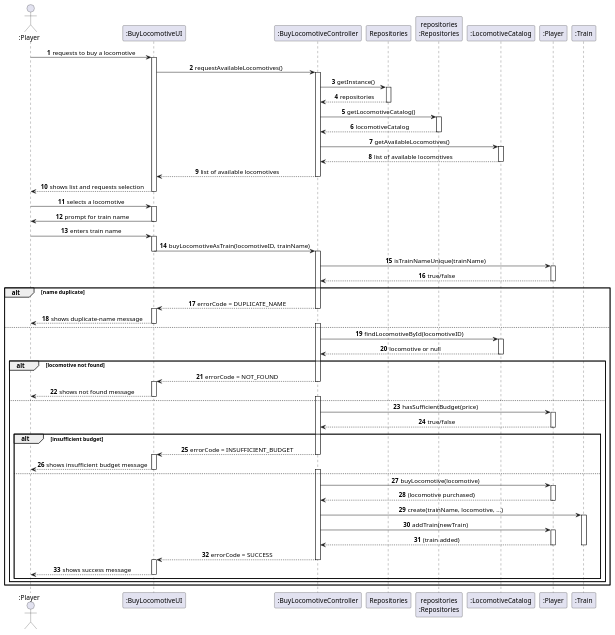
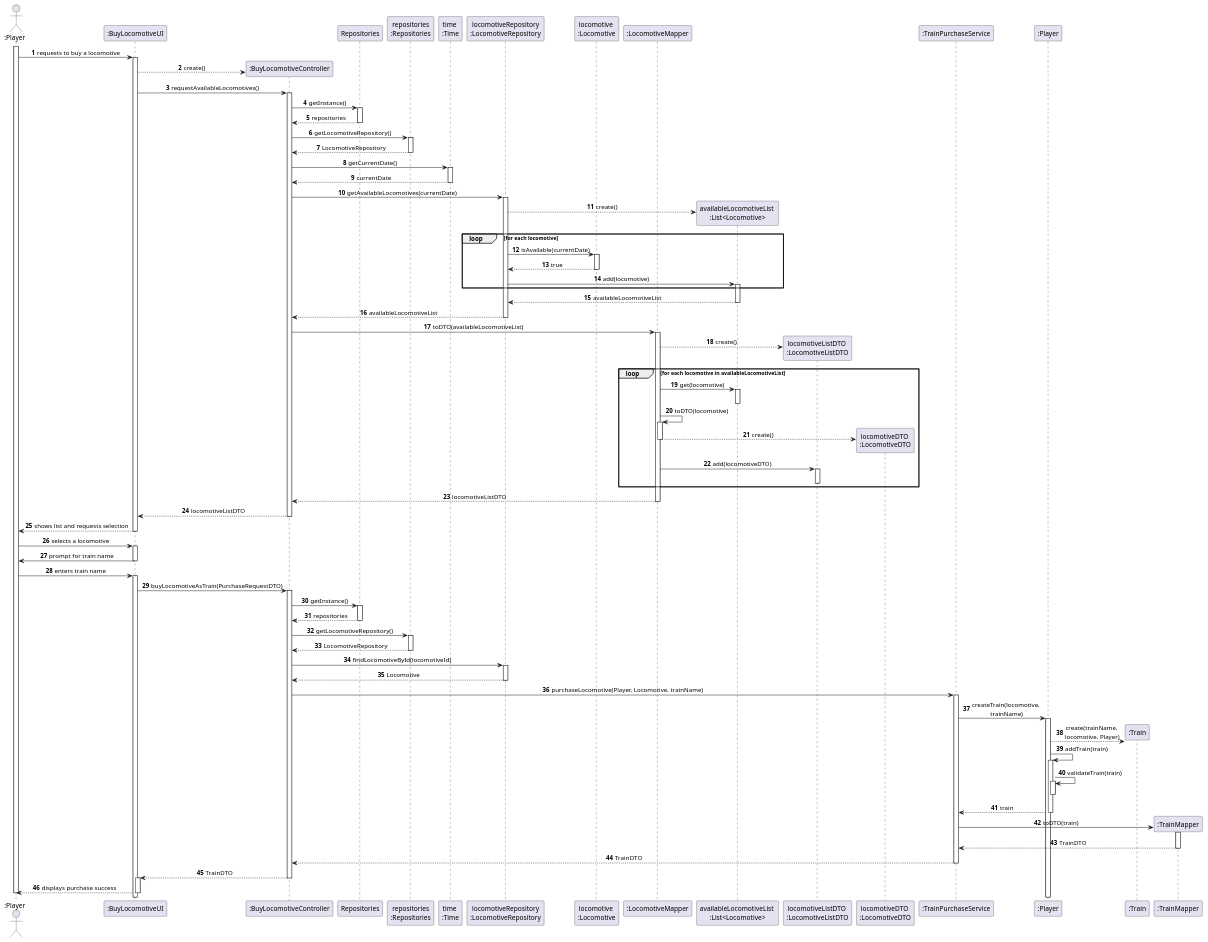
One commit to 1240826/empire-on-tracks changed the diagram in docs/system-documentation/US009/03.design/puml/US009-SD-full.puml. Above: the diagram before and after it, drawn with PlantUML. The commit also changed 3 other files, not shown here.

```diff
--- a/docs/system-documentation/US009/03.design/puml/US009-SD-full.puml
+++ b/docs/system-documentation/US009/03.design/puml/US009-SD-full.puml
@@ -1,118 +1,154 @@
 @startuml
 'skinparam monochrome true
 skinparam packageStyle rectangle
 skinparam shadowing false
 skinparam sequenceMessageAlign center
 
 autonumber
 
-actor ":Player" as Player
+actor ":Player" as PlayerActor
 participant ":BuyLocomotiveUI" as UI
 participant ":BuyLocomotiveController" as Controller
 participant "Repositories" as REPOS
 participant "repositories\n:Repositories" as REPOS_SINGLETON
-participant ":LocomotiveCatalog" as Catalog
-participant ":Player" as PlayerObject
-participant ":Train" as Train
+participant "time \n:Time" as Time
+participant "locomotiveRepository\n:LocomotiveRepository" as LOCO_REPO
+participant "locomotive \n:Locomotive" as Locomotive
+participant ":LocomotiveMapper" as LocoMapper
+participant "availableLocomotiveList \n:List<Locomotive>" as LocoList
+participant "locomotiveListDTO \n:LocomotiveListDTO" as LocoListDTO
+participant "locomotiveDTO \n:LocomotiveDTO" as LocoDTO
+participant ":TrainPurchaseService" as PurchaseService
+participant ":Player" as PlayerDomain
 
-Player -> UI : requests to buy a locomotive
+activate PlayerActor
+    PlayerActor -> UI : requests to buy a locomotive
+    activate UI
+
+        UI --> Controller** : create()
+
+        UI -> Controller : requestAvailableLocomotives()
+        activate Controller
+
+            Controller -> REPOS : getInstance()
+            activate REPOS
+                REPOS --> Controller : repositories
+            deactivate REPOS
+
+            Controller -> REPOS_SINGLETON : getLocomotiveRepository()
+            activate REPOS_SINGLETON
+                REPOS_SINGLETON --> Controller : LocomotiveRepository
+            deactivate REPOS_SINGLETON
+
+            Controller -> Time : getCurrentDate()
+            activate Time
+            Time --> Controller : currentDate
+            deactivate Time
+
+            Controller -> LOCO_REPO : getAvailableLocomotives(currentDate)
+            activate LOCO_REPO
+                LOCO_REPO --> LocoList ** : create()
+                 loop for each locomotive
+                        LOCO_REPO -> Locomotive : isAvailable(currentDate)
+                        activate Locomotive
+                            Locomotive --> LOCO_REPO : true
+                        deactivate Locomotive
+
+                            LOCO_REPO -> LocoList : add(locomotive)
+                            activate LocoList
+                        end
+
+                    LocoList --> LOCO_REPO : availableLocomotiveList
+                    deactivate LocoList
+                LOCO_REPO --> Controller : availableLocomotiveList
+            deactivate LOCO_REPO
+
+            Controller -> LocoMapper : toDTO(availableLocomotiveList)
+            activate LocoMapper
+            LocoMapper --> LocoListDTO** : create()
+                loop for each locomotive in availableLocomotiveList
+                    LocoMapper -> LocoList : get(locomotive)
+                    activate LocoList
+                    deactivate LocoList
+
+                    LocoMapper -> LocoMapper : toDTO(locomotive)
+                                        activate LocoMapper
+                                        LocoMapper --> LocoDTO** : create()
+                                        deactivate LocoMapper
+                    LocoMapper -> LocoListDTO : add(locomotiveDTO)
+                    activate LocoListDTO
+                    deactivate LocoListDTO
+                end
+                LocoMapper --> Controller : locomotiveListDTO
+            deactivate LocoMapper
+
+            Controller --> UI : locomotiveListDTO
+        deactivate Controller
+
+        UI --> PlayerActor : shows list and requests selection
+    deactivate UI
+
+PlayerActor -> UI : selects a locomotive
+activate UI
+    UI -> PlayerActor : prompt for train name
+deactivate UI
+
+PlayerActor -> UI : enters train name
 activate UI
 
-UI -> Controller : requestAvailableLocomotives()
-activate Controller
+    UI -> Controller : buyLocomotiveAsTrain(PurchaseRequestDTO)
+    activate Controller
 
-Controller -> REPOS : getInstance()
-activate REPOS
-REPOS --> Controller : repositories
-deactivate REPOS
+        Controller -> REPOS : getInstance()
+        activate REPOS
+            REPOS --> Controller : repositories
+        deactivate REPOS
 
-Controller -> REPOS_SINGLETON : getLocomotiveCatalog()
-activate REPOS_SINGLETON
-REPOS_SINGLETON --> Controller : locomotiveCatalog
-deactivate REPOS_SINGLETON
+        Controller -> REPOS_SINGLETON : getLocomotiveRepository()
+        activate REPOS_SINGLETON
+            REPOS_SINGLETON --> Controller : LocomotiveRepository
+        deactivate REPOS_SINGLETON
 
-Controller -> Catalog : getAvailableLocomotives()
-activate Catalog
-Catalog --> Controller : list of available locomotives
-deactivate Catalog
+        Controller -> LOCO_REPO : findLocomotiveById(locomotiveId)
+        activate LOCO_REPO
+            LOCO_REPO --> Controller : Locomotive
+        deactivate LOCO_REPO
 
-Controller --> UI : list of available locomotives
-deactivate Controller
+        Controller -> PurchaseService : purchaseLocomotive(Player, Locomotive, trainName)
+        activate PurchaseService
 
-UI --> Player : shows list and requests selection
-deactivate UI
+            PurchaseService -> PlayerDomain : createTrain(locomotive, \ntrainName)
+            activate PlayerDomain
 
-Player -> UI : selects a locomotive
-activate UI
-UI -> Player : prompt for train name
-deactivate UI
-Player -> UI : enters train name
-activate UI
-
-UI -> Controller : buyLocomotiveAsTrain(locomotiveID, trainName)
-deactivate UI
-activate Controller
+                create ":Train" as Train
+                PlayerDomain --> Train : create(trainName, \nlocomotive, Player)
 
 
-Controller -> PlayerObject : isTrainNameUnique(trainName)
-activate PlayerObject
-PlayerObject --> Controller : true/false
-deactivate PlayerObject
+                PlayerDomain -> PlayerDomain : addTrain(train)
+                activate PlayerDomain
+                PlayerDomain -> PlayerDomain : validateTrain(train)
+                                activate PlayerDomain
 
-alt name duplicate
-    Controller --> UI : errorCode = DUPLICATE_NAME
+                deactivate PlayerDomain
+
+                PlayerDomain --> PurchaseService : train
+            deactivate PlayerDomain
+
+            create ":TrainMapper" as TrainMapper
+            PurchaseService -> TrainMapper : toDTO(train)
+            activate TrainMapper
+                TrainMapper --> PurchaseService : TrainDTO
+            deactivate TrainMapper
+
+            PurchaseService --> Controller : TrainDTO
+        deactivate PurchaseService
+
+    Controller --> UI : TrainDTO
     deactivate Controller
     activate UI
-    UI --> Player : shows duplicate-name message
-    deactivate UI
-    activate Controller
-else
-    Controller -> Catalog : findLocomotiveById(locomotiveID)
-    activate Catalog
-    Catalog --> Controller : locomotive or null
-    deactivate Catalog
 
-    alt locomotive not found
-        Controller --> UI : errorCode = NOT_FOUND
-        deactivate Controller
-        activate UI
-        UI --> Player : shows not found message
-        deactivate UI
-        activate Controller
-    else
-        Controller -> PlayerObject : hasSufficientBudget(price)
-        activate PlayerObject
-        PlayerObject --> Controller : true/false
-        deactivate PlayerObject
-
-        alt insufficient budget
-            Controller --> UI : errorCode = INSUFFICIENT_BUDGET
-            deactivate Controller
-            activate UI
-            UI --> Player : shows insufficient budget message
-            deactivate UI
-            activate Controller
-        else
-            Controller -> PlayerObject : buyLocomotive(locomotive)
-            activate PlayerObject
-            PlayerObject --> Controller : (locomotive purchased)
-            deactivate PlayerObject
-
-            Controller -> Train : create(trainName, locomotive, ...)
-            activate Train
-            Controller -> PlayerObject : addTrain(newTrain)
-            activate PlayerObject
-            PlayerObject --> Controller : (train added)
-            deactivate PlayerObject
-            deactivate Train
-
-            Controller --> UI : errorCode = SUCCESS
-            deactivate Controller
-            activate UI
-            UI --> Player : shows success message
-            deactivate UI
-        end
-    end
-end
+    UI --> PlayerActor : displays purchase success
+deactivate UI
+deactivate PlayerActor
 
 @enduml
```
